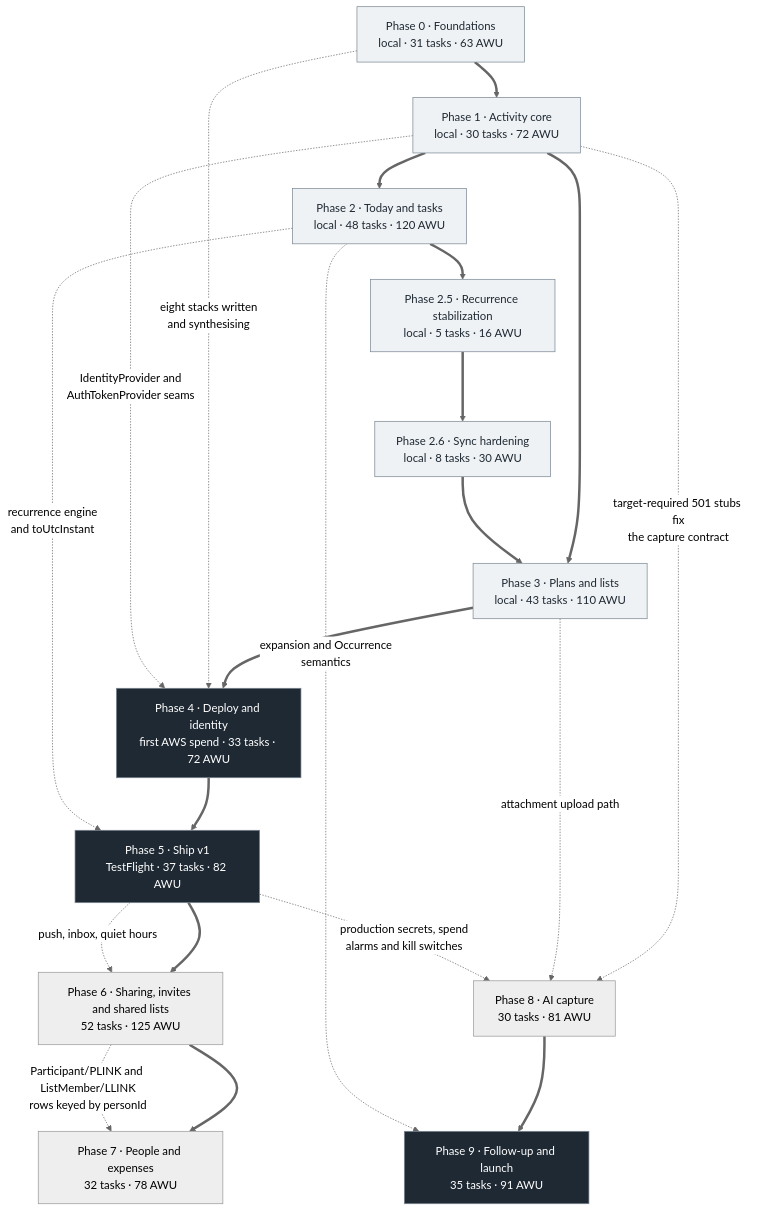
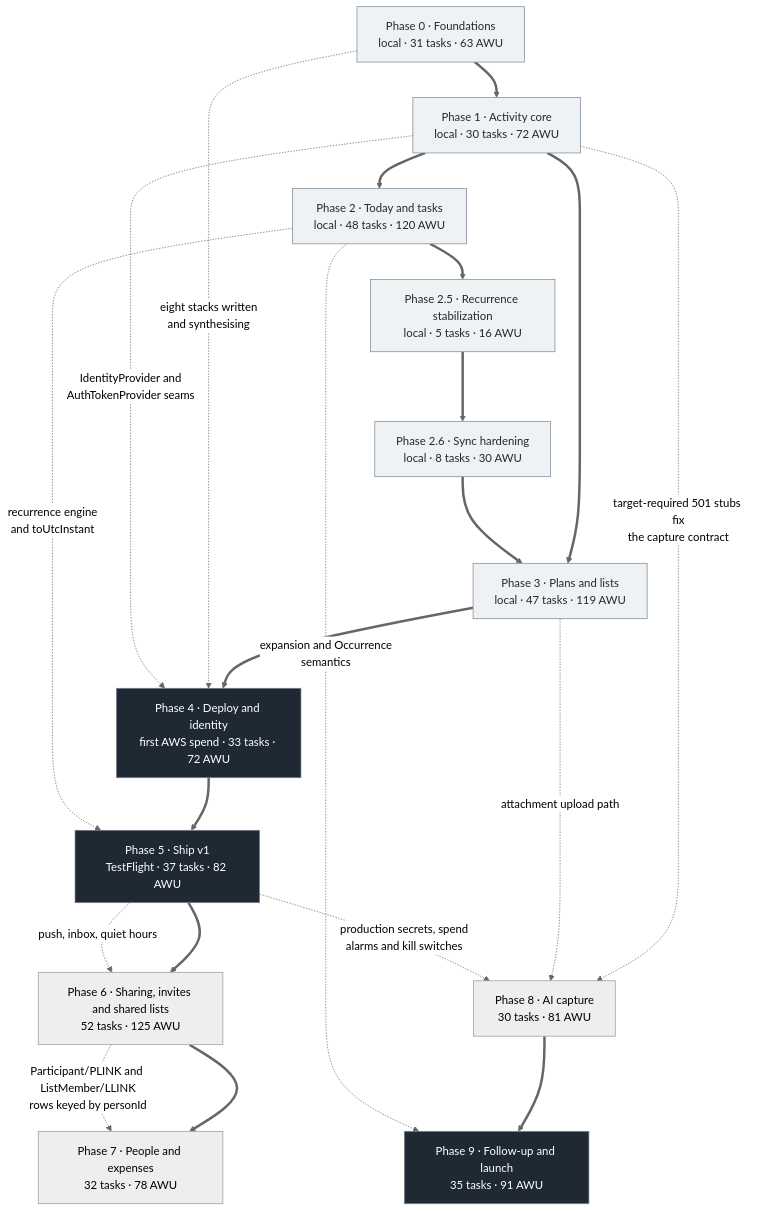
The diagram in docs/03-implementation/roadmap.md (malikujjwal/ordinarydays), drawn with Mermaid (neutral theme) before and after one commit. The commit also changed other lines of this file and 6 other files, not shown here.

````diff
--- a/docs/03-implementation/roadmap.md
+++ b/docs/03-implementation/roadmap.md
@@ -278,42 +278,42 @@
 ```mermaid
 graph TD
     P0["Phase 0 · Foundations<br/>local · 31 tasks · 63 AWU"]
     P1["Phase 1 · Activity core<br/>local · 30 tasks · 72 AWU"]
     P2["Phase 2 · Today and tasks<br/>local · 48 tasks · 120 AWU"]
     P25["Phase 2.5 · Recurrence stabilization<br/>local · 5 tasks · 16 AWU"]
     P26["Phase 2.6 · Sync hardening<br/>local · 8 tasks · 30 AWU"]
-    P3["Phase 3 · Plans and lists<br/>local · 43 tasks · 110 AWU"]
+    P3["Phase 3 · Plans and lists<br/>local · 47 tasks · 119 AWU"]
     P4["Phase 4 · Deploy and identity<br/>first AWS spend · 33 tasks · 72 AWU"]
     P5["Phase 5 · Ship v1<br/>TestFlight · 37 tasks · 82 AWU"]
     P6["Phase 6 · Sharing, invites and shared lists<br/>52 tasks · 125 AWU"]
     P7["Phase 7 · People and expenses<br/>32 tasks · 78 AWU"]
     P8["Phase 8 · AI capture<br/>30 tasks · 81 AWU"]
     P9["Phase 9 · Follow-up and launch<br/>35 tasks · 91 AWU"]
 
     P0 ==> P1
     P1 ==> P2
     P1 ==> P3
     P2 ==> P25
     P25 ==> P26
     P26 ==> P3
     P3 ==> P4
     P4 ==> P5
     P5 ==> P6
     P6 ==> P7
     P8 ==> P9
 
     P0 -. "eight stacks written<br/>and synthesising" .-> P4
     P1 -. "IdentityProvider and<br/>AuthTokenProvider seams" .-> P4
     P1 -. "target-required 501 stubs fix<br/>the capture contract" .-> P8
     P2 -. "recurrence engine<br/>and toUtcInstant" .-> P5
     P2 -. "expansion and Occurrence<br/>semantics" .-> P9
     P3 -. "attachment upload path" .-> P8
     P5 -. "production secrets, spend<br/>alarms and kill switches" .-> P8
     P5 -. "push, inbox, quiet hours" .-> P6
     P6 -. "Participant/PLINK and ListMember/LLINK<br/>rows keyed by personId" .-> P7
 
     classDef local fill:#eef2f5,stroke:#7b8794,color:#1f2933
     classDef ship fill:#1f2933,stroke:#7b8794,color:#ffffff
     class P0,P1,P2,P25,P26,P3 local
     class P4,P5,P9 ship
 ```
````
